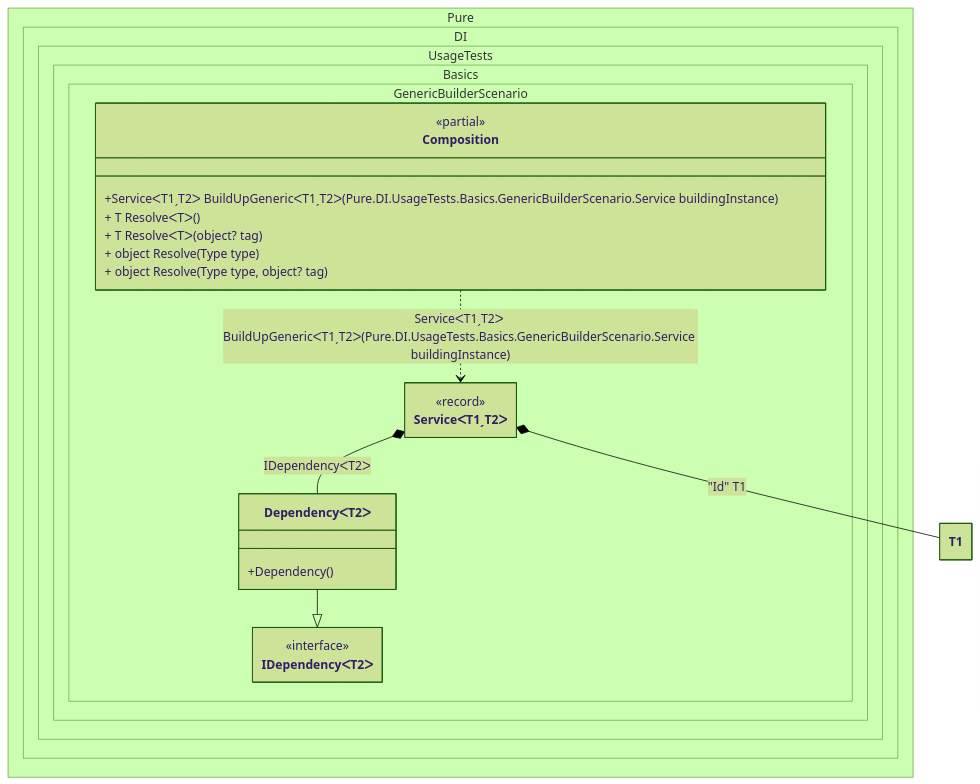
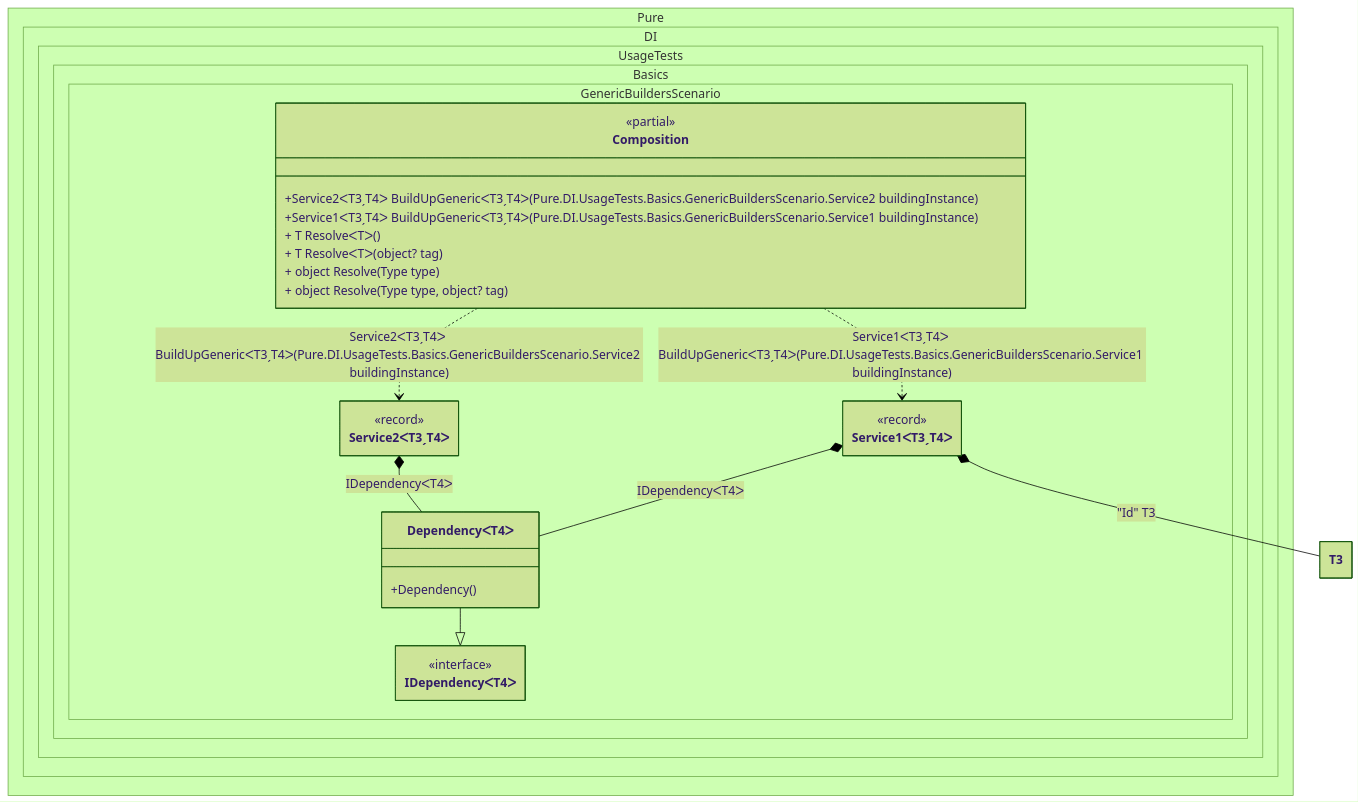
Before and after one commit to DevTeam/Pure.DI: the diagram in readme/generic-builders.md, drawn with Mermaid (forest theme). The commit also changed other lines of this file and 70 other files, not shown here.

````diff
--- a/readme/generic-builders.md
+++ b/readme/generic-builders.md
@@ -150,31 +176,37 @@
 ```mermaid
 ---
  config:
   class:
    hideEmptyMembersBox: true
 ---
 classDiagram
-	DependencyᐸT2ᐳ --|> IDependencyᐸT2ᐳ
-	Composition ..> ServiceᐸT1ˏT2ᐳ : ServiceᐸT1ˏT2ᐳ BuildUpGenericᐸT1ˏT2ᐳ(Pure.DI.UsageTests.Basics.GenericBuilderScenario.Service<T1, T2> buildingInstance)
-	ServiceᐸT1ˏT2ᐳ *--  DependencyᐸT2ᐳ : IDependencyᐸT2ᐳ
-	ServiceᐸT1ˏT2ᐳ *--  T1 : "Id"  T1
-	namespace Pure.DI.UsageTests.Basics.GenericBuilderScenario {
+	DependencyᐸT4ᐳ --|> IDependencyᐸT4ᐳ
+	Composition ..> Service2ᐸT3ˏT4ᐳ : Service2ᐸT3ˏT4ᐳ BuildUpGenericᐸT3ˏT4ᐳ(Pure.DI.UsageTests.Basics.GenericBuildersScenario.Service2<T3, T4> buildingInstance)
+	Composition ..> Service1ᐸT3ˏT4ᐳ : Service1ᐸT3ˏT4ᐳ BuildUpGenericᐸT3ˏT4ᐳ(Pure.DI.UsageTests.Basics.GenericBuildersScenario.Service1<T3, T4> buildingInstance)
+	Service2ᐸT3ˏT4ᐳ *--  DependencyᐸT4ᐳ : IDependencyᐸT4ᐳ
+	Service1ᐸT3ˏT4ᐳ *--  DependencyᐸT4ᐳ : IDependencyᐸT4ᐳ
+	Service1ᐸT3ˏT4ᐳ *--  T3 : "Id"  T3
+	namespace Pure.DI.UsageTests.Basics.GenericBuildersScenario {
 		class Composition {
 		<<partial>>
-		+ServiceᐸT1ˏT2ᐳ BuildUpGenericᐸT1ˏT2ᐳ(Pure.DI.UsageTests.Basics.GenericBuilderScenario.Service<T1, T2> buildingInstance)
+		+Service2ᐸT3ˏT4ᐳ BuildUpGenericᐸT3ˏT4ᐳ(Pure.DI.UsageTests.Basics.GenericBuildersScenario.Service2<T3, T4> buildingInstance)
+		+Service1ᐸT3ˏT4ᐳ BuildUpGenericᐸT3ˏT4ᐳ(Pure.DI.UsageTests.Basics.GenericBuildersScenario.Service1<T3, T4> buildingInstance)
 		+ T ResolveᐸTᐳ()
 		+ T ResolveᐸTᐳ(object? tag)
 		+ object Resolve(Type type)
 		+ object Resolve(Type type, object? tag)
 		}
-		class DependencyᐸT2ᐳ {
+		class DependencyᐸT4ᐳ {
 			+Dependency()
 		}
-		class IDependencyᐸT2ᐳ {
+		class IDependencyᐸT4ᐳ {
 			<<interface>>
 		}
-		class ServiceᐸT1ˏT2ᐳ {
+		class Service1ᐸT3ˏT4ᐳ {
+			<<record>>
+		}
+		class Service2ᐸT3ˏT4ᐳ {
 			<<record>>
 		}
 	}
 ```
````
